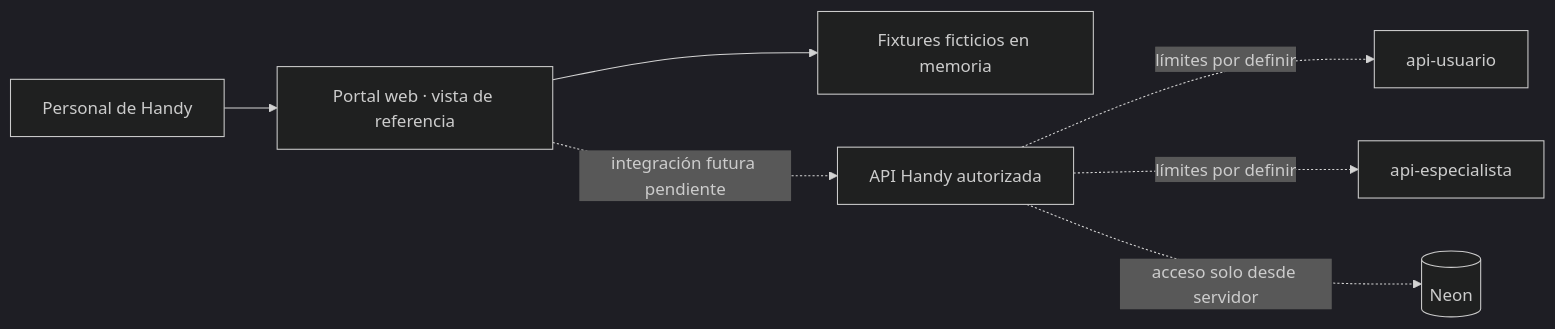
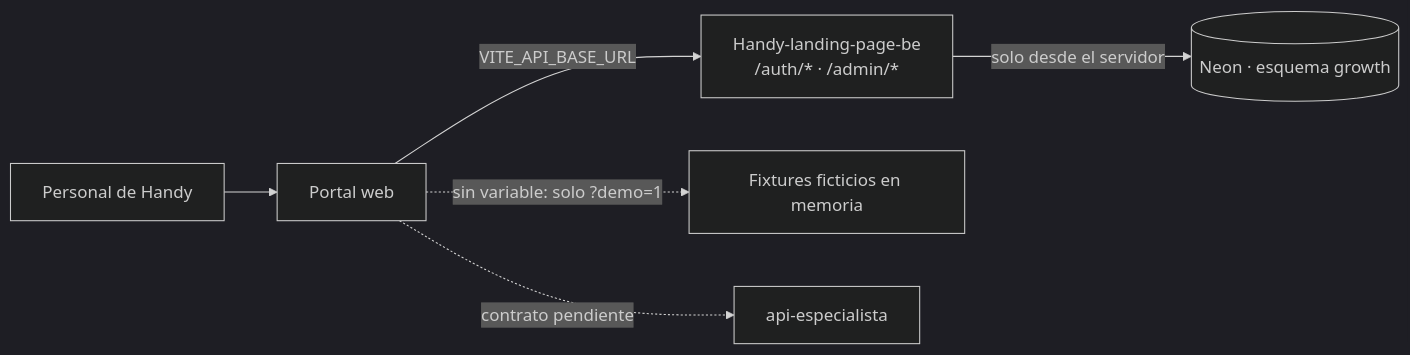
One commit to Toti-Gauna/handy-internal-portal changed the diagram in docs/architecture/system.md. Above: the diagram before and after it, drawn with Mermaid (dark theme). The commit also changed other lines of this file and 13 other files, not shown here.

````diff
--- a/docs/architecture/system.md
+++ b/docs/architecture/system.md
@@ -23,9 +22,8 @@
 ```mermaid
 flowchart LR
-  Operator[Personal de Handy] --> UI[Portal web · vista de referencia]
-  UI --> Demo[Fixtures ficticios en memoria]
-  UI -. integración futura pendiente .-> API[API Handy autorizada]
-  API -. límites por definir .-> UserAPI[api-usuario]
-  API -. límites por definir .-> ProAPI[api-especialista]
-  API -. acceso solo desde servidor .-> DB[(Neon)]
+  Operator[Personal de Handy] --> UI[Portal web]
+  UI -- "VITE_API_BASE_URL" --> API[Handy-landing-page-be<br/>/auth/* · /admin/*]
+  UI -. "sin variable: solo ?demo=1" .-> Demo[Fixtures ficticios en memoria]
+  API -- "solo desde el servidor" --> DB[(Neon · esquema growth)]
+  UI -. "contrato pendiente" .-> ProAPI[api-especialista]
 ```
````
